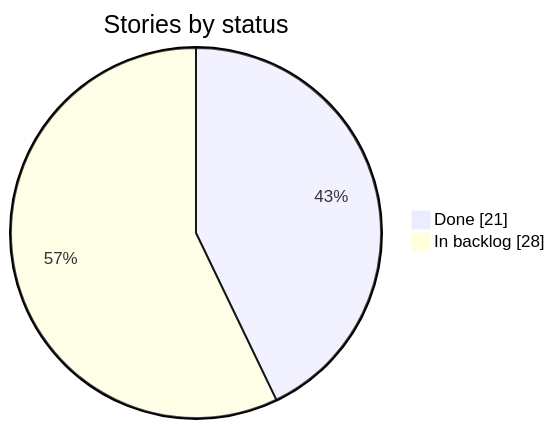
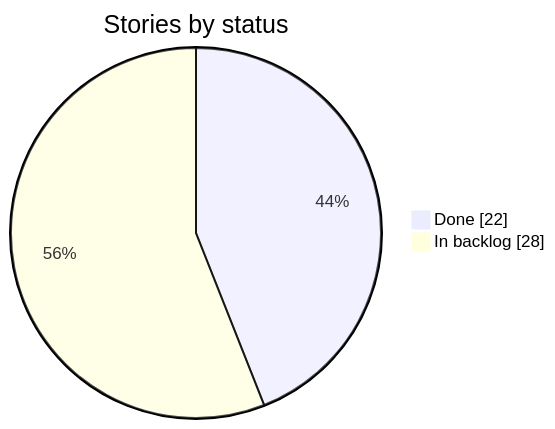
The second of 2 diagrams in DASHBOARD.md (carloshumbertoreyesortiz/agentic-sdlc-pilot), drawn with Mermaid before and after one commit. The commit also changed other lines of this file, not shown here.

````diff
--- a/DASHBOARD.md
+++ b/DASHBOARD.md
@@ -73,6 +73,6 @@
 ```mermaid
 pie showData
     title Stories by status
-    "Done" : 21
+    "Done" : 22
     "In backlog" : 28
 ```
````
